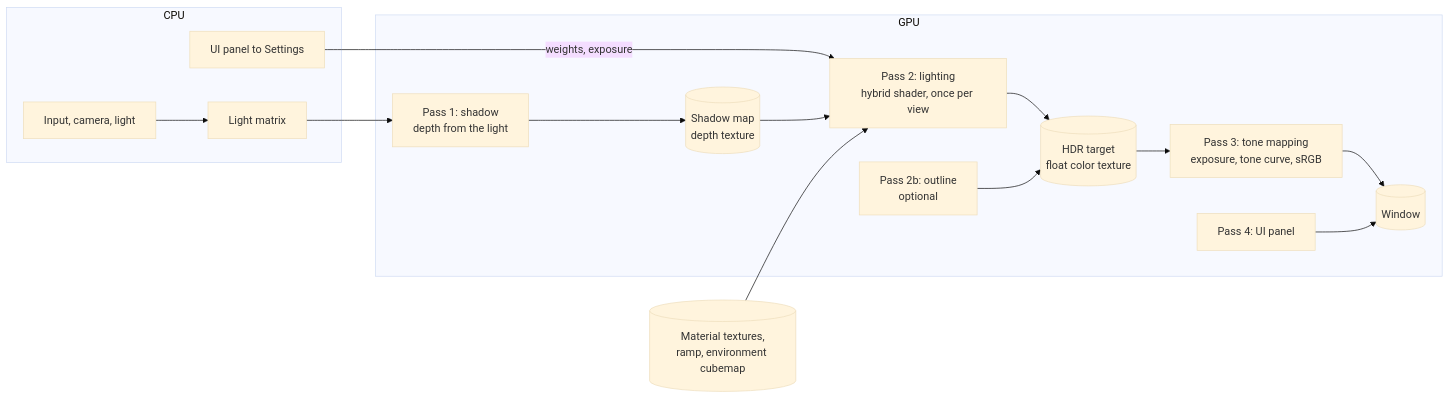
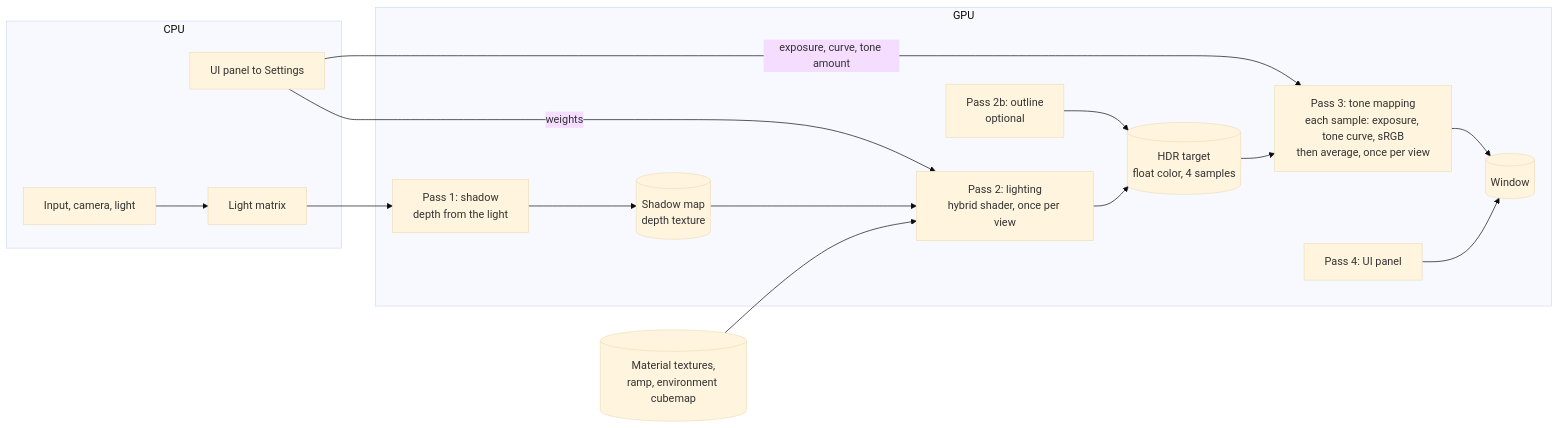
The second of 2 diagrams in docs/architecture.md (licurasj/hybrid-npr-pbr), drawn with Mermaid (base theme) before and after one commit. The commit also changed other lines of this file and 21 other files, not shown here.

Commit message:
Add HDR target and tone mapping

````diff
--- a/docs/architecture.md
+++ b/docs/architecture.md
@@ -104,30 +107,31 @@
 ```mermaid
 flowchart LR
   subgraph CPU
     input[Input, camera, light]
     panel[UI panel to Settings]
     lightmat[Light matrix]
   end
 
   subgraph GPU
     shadow[Pass 1: shadow<br/>depth from the light]
     smap[(Shadow map<br/>depth texture)]
     lighting[Pass 2: lighting<br/>hybrid shader, once per view]
     outline[Pass 2b: outline<br/>optional]
-    hdr[(HDR target<br/>float color texture)]
-    tonemap[Pass 3: tone mapping<br/>exposure, tone curve, sRGB]
+    hdr[(HDR target<br/>float color, 4 samples)]
+    tonemap[Pass 3: tone mapping<br/>each sample: exposure, tone curve, sRGB<br/>then average, once per view]
     screen[(Window)]
     imgui[Pass 4: UI panel]
   end
 
   textures[(Material textures,<br/>ramp, environment cubemap)]
 
   input --> lightmat --> shadow
   shadow --> smap --> lighting
   textures --> lighting
-  panel -->|weights, exposure| lighting
+  panel -->|weights| lighting
+  panel -->|exposure, curve, tone amount| tonemap
   lighting --> hdr
   outline --> hdr
   hdr --> tonemap --> screen
   imgui --> screen
 ```
````
